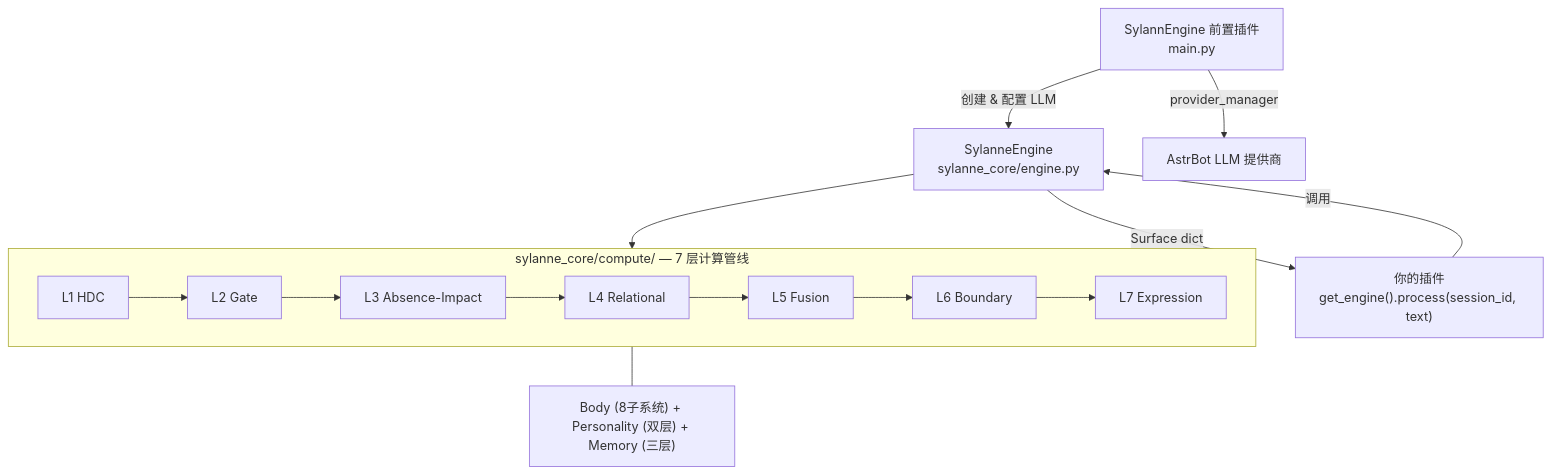
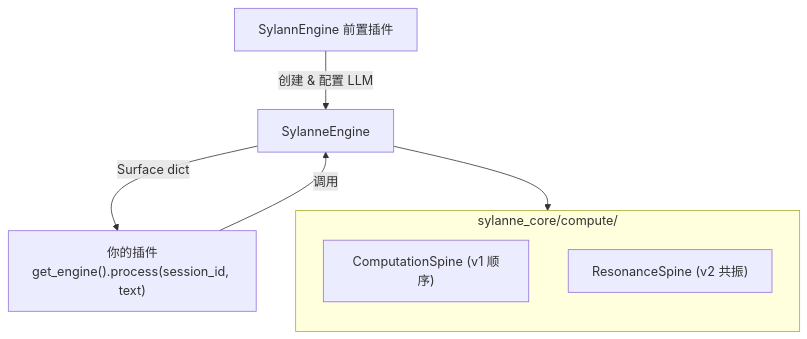
One commit to Ayleovelle/SylannEngine changed the third of 3 diagrams in README.md. Above: the diagram before and after it, drawn with Mermaid. The commit also changed other lines of this file and 11 other files, not shown here.

First line of the commit message:
feat: resonance field architecture — simplicial coupling with emergent expression

````diff
--- a/README.md
+++ b/README.md
@@ -277,19 +352,13 @@
 ```mermaid
 graph TD
-    P["SylannEngine 前置插件<br/>main.py"] -->|"创建 & 配置 LLM"| B
-    P -->|"provider_manager"| LLM["AstrBot LLM 提供商"]
+    P["SylannEngine 前置插件"] -->|"创建 & 配置 LLM"| B
     A["你的插件<br/>get_engine().process(session_id, text)"] -->|"调用"| B
     B -->|"Surface dict"| A
+    B["SylanneEngine"] --> C
 
-    B["SylanneEngine<br/>sylanne_core/engine.py"]
-    B --> C
-
-    subgraph C["sylanne_core/compute/ — 7 层计算管线"]
-        direction LR
-        L1["L1 HDC"] --> L2["L2 Gate"] --> L3["L3 Absence-Impact"]
-        L3 --> L4["L4 Relational"] --> L5["L5 Fusion"]
-        L5 --> L6["L6 Boundary"] --> L7["L7 Expression"]
+    subgraph C["sylanne_core/compute/"]
+        direction TB
+        CS["ComputationSpine (v1 顺序)"]
+        RS["ResonanceSpine (v2 共振)"]
     end
-
-    C --- E["Body (8子系统) + Personality (双层) + Memory (三层)"]
 ```
````
